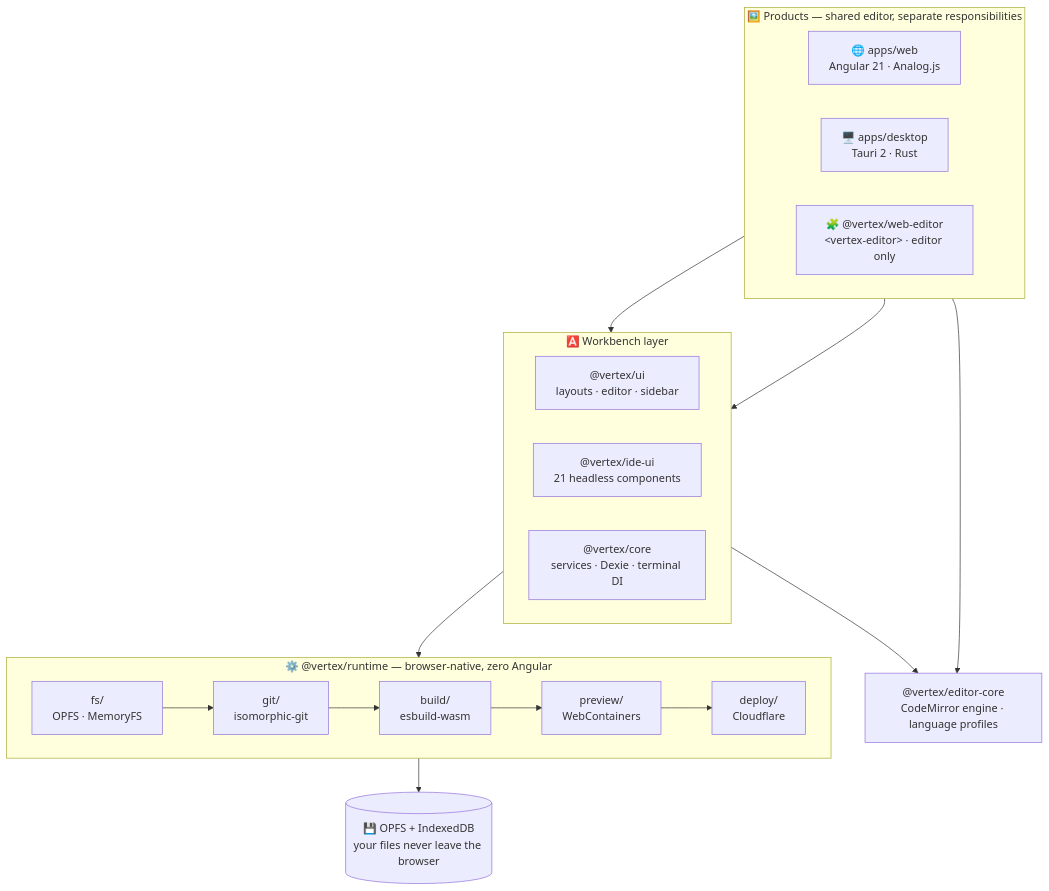
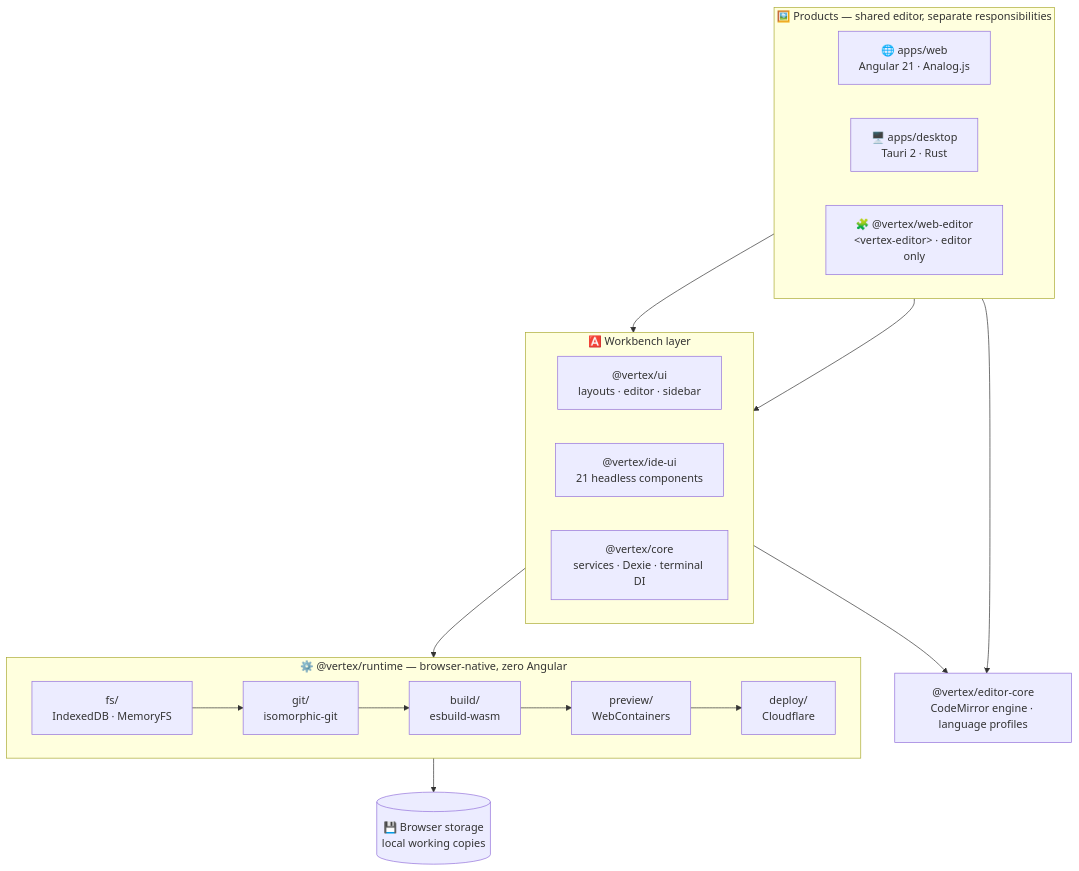
One commit to Andersseen/vertex changed the first of 2 diagrams in README.md. Above: the diagram before and after it, drawn with Mermaid. The commit also changed other lines of this file and 31 other files, not shown here.

Commit message:
feat: app sdd roadmap

````diff
--- a/README.md
+++ b/README.md
@@ -196,30 +196,30 @@
 ```mermaid
 flowchart TB
   subgraph SURFACES["🖼️ Products — shared editor, separate responsibilities"]
     direction LR
     W["🌐 apps/web<br/>Angular 21 · Analog.js"]
     D["🖥️ apps/desktop<br/>Tauri 2 · Rust"]
     E["🧩 @vertex/web-editor<br/>&lt;vertex-editor&gt; · editor only"]
   end
 
   EDITOR["@vertex/editor-core<br/>CodeMirror engine · language profiles"]
 
   subgraph ANGULAR["🅰️ Workbench layer"]
     direction LR
     UI["@vertex/ui<br/>layouts · editor · sidebar"]
     IDEUI["@vertex/ide-ui<br/>21 headless components"]
     CORE["@vertex/core<br/>services · Dexie · terminal DI"]
   end
 
   subgraph RUNTIME["⚙️ @vertex/runtime — browser-native, zero Angular"]
     direction LR
-    FS["fs/<br/>OPFS · MemoryFS"] --> GIT["git/<br/>isomorphic-git"] --> BUILD["build/<br/>esbuild-wasm"] --> PREVIEW["preview/<br/>WebContainers"] --> DEPLOY["deploy/<br/>Cloudflare"]
+    FS["fs/<br/>IndexedDB · MemoryFS"] --> GIT["git/<br/>isomorphic-git"] --> BUILD["build/<br/>esbuild-wasm"] --> PREVIEW["preview/<br/>WebContainers"] --> DEPLOY["deploy/<br/>Cloudflare"]
   end
 
   W --> ANGULAR
   D --> ANGULAR
   E --> EDITOR
   UI --> EDITOR
   ANGULAR --> RUNTIME
-  RUNTIME --> STORE[("💾 OPFS + IndexedDB<br/>your files never leave the browser")]
+  RUNTIME --> STORE[("💾 Browser storage<br/>local working copies")]
 ```
````
